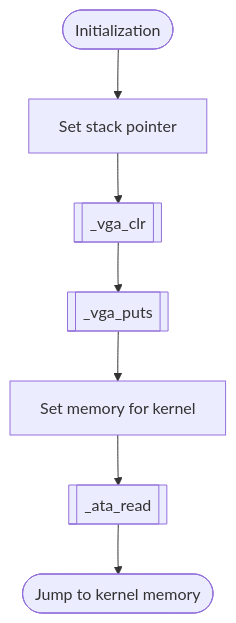
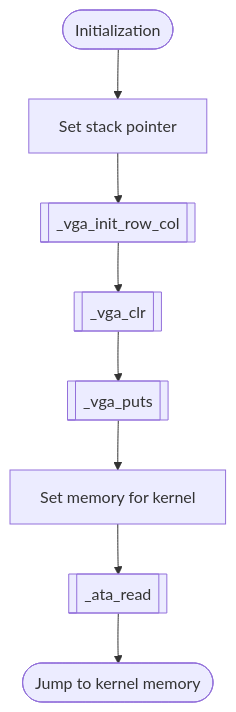
Before and after one commit to facooya/fayos: the first of 5 diagrams in docs/boot/boot.md, drawn with Mermaid. The commit also changed other lines of this file and 3 other files, not shown here.

Commit message:
Add documents for '_vga_init_row_col'

````diff
--- a/docs/boot/boot.md
+++ b/docs/boot/boot.md
@@ -61,10 +62,11 @@
 ```mermaid
 graph TD
 Init([Initialization])
 Init --> Stack[Set stack pointer]
-Stack --> VGA_Clear[[_vga_clr]]
+Stack --> VGA_Init[[_vga_init_row_col]]
+VGA_Init --> VGA_Clear[[_vga_clr]]
 VGA_Clear --> VGA_Puts[[_vga_puts]]
 VGA_Puts --> KernelMemory[Set memory for kernel]
 KernelMemory --> ATA_Read[[_ata_read]]
 ATA_Read --> JumpKernel([Jump to kernel memory])
 ```
````
